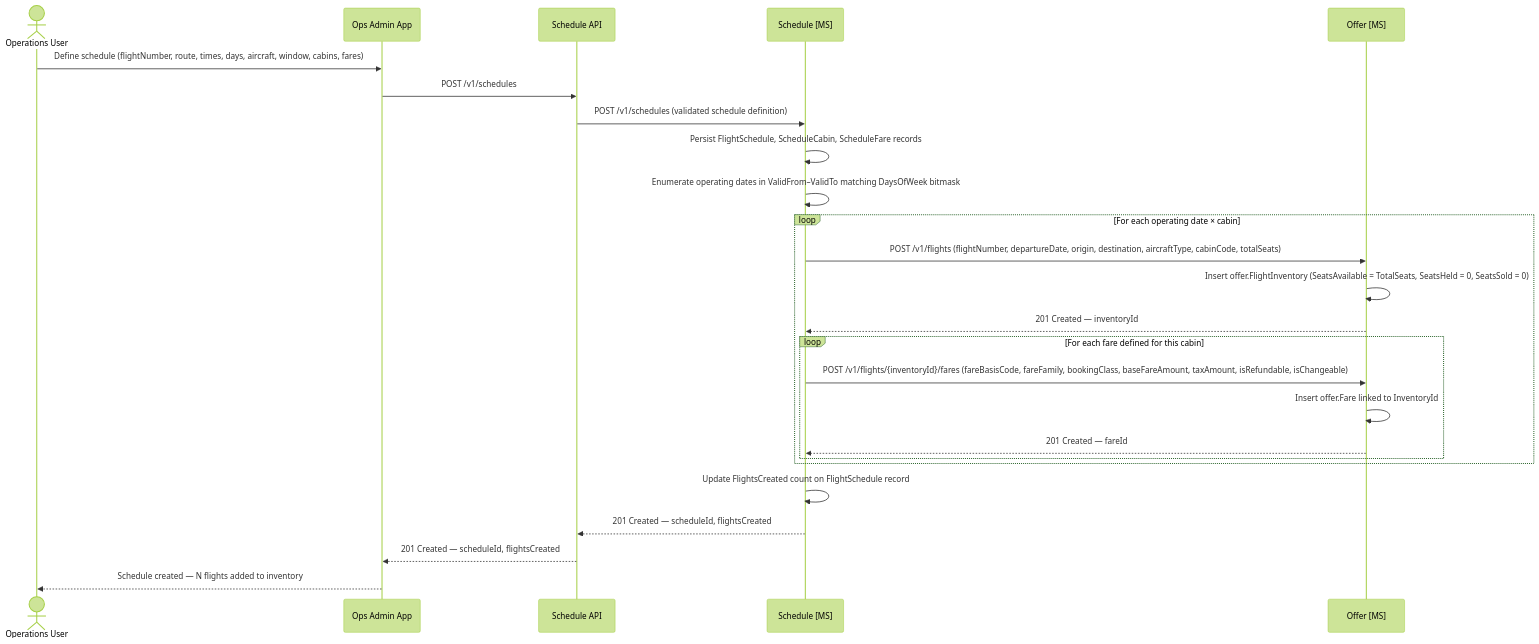
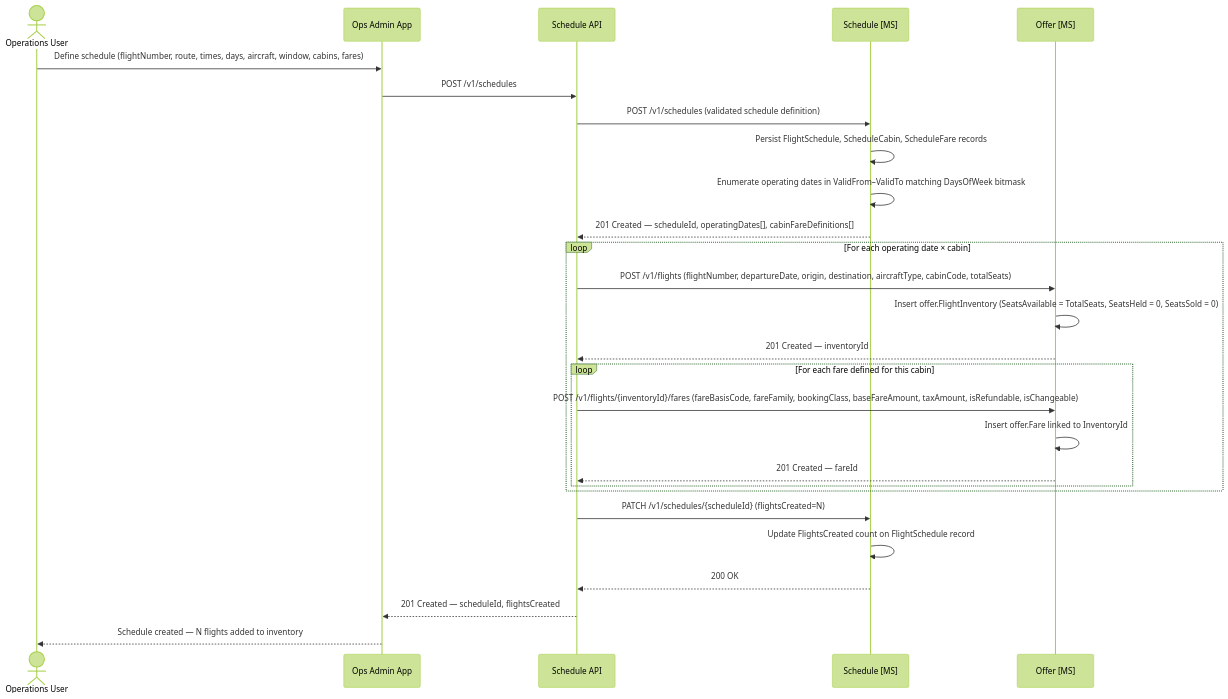
The second of 27 diagrams in architecture/design.md (sebharvey/airline-reservation-system), drawn with Mermaid (forest theme) before and after one commit. The commit also changed other lines of this file and 2 other files, not shown here.

````diff
--- a/architecture/design.md
+++ b/architecture/design.md
@@ -249,32 +249,34 @@
 ```mermaid
 sequenceDiagram
     actor OpsUser as Operations User
     participant OpsApp as Ops Admin App
     participant ScheduleAPI as Schedule API
     participant ScheduleMS as Schedule [MS]
     participant OfferMS as Offer [MS]
 
     OpsUser->>OpsApp: Define schedule (flightNumber, route, times, days, aircraft, window, cabins, fares)
     OpsApp->>ScheduleAPI: POST /v1/schedules
 
     ScheduleAPI->>ScheduleMS: POST /v1/schedules (validated schedule definition)
     ScheduleMS->>ScheduleMS: Persist FlightSchedule, ScheduleCabin, ScheduleFare records
     ScheduleMS->>ScheduleMS: Enumerate operating dates in ValidFrom–ValidTo matching DaysOfWeek bitmask
+    ScheduleMS-->>ScheduleAPI: 201 Created — scheduleId, operatingDates[], cabinFareDefinitions[]
 
     loop For each operating date × cabin
-        ScheduleMS->>OfferMS: POST /v1/flights (flightNumber, departureDate, origin, destination, aircraftType, cabinCode, totalSeats)
+        ScheduleAPI->>OfferMS: POST /v1/flights (flightNumber, departureDate, origin, destination, aircraftType, cabinCode, totalSeats)
         OfferMS->>OfferMS: Insert offer.FlightInventory (SeatsAvailable = TotalSeats, SeatsHeld = 0, SeatsSold = 0)
-        OfferMS-->>ScheduleMS: 201 Created — inventoryId
+        OfferMS-->>ScheduleAPI: 201 Created — inventoryId
 
         loop For each fare defined for this cabin
-            ScheduleMS->>OfferMS: POST /v1/flights/{inventoryId}/fares (fareBasisCode, fareFamily, bookingClass, baseFareAmount, taxAmount, isRefundable, isChangeable)
+            ScheduleAPI->>OfferMS: POST /v1/flights/{inventoryId}/fares (fareBasisCode, fareFamily, bookingClass, baseFareAmount, taxAmount, isRefundable, isChangeable)
             OfferMS->>OfferMS: Insert offer.Fare linked to InventoryId
-            OfferMS-->>ScheduleMS: 201 Created — fareId
+            OfferMS-->>ScheduleAPI: 201 Created — fareId
         end
     end
 
+    ScheduleAPI->>ScheduleMS: PATCH /v1/schedules/{scheduleId} (flightsCreated=N)
     ScheduleMS->>ScheduleMS: Update FlightsCreated count on FlightSchedule record
-    ScheduleMS-->>ScheduleAPI: 201 Created — scheduleId, flightsCreated
+    ScheduleMS-->>ScheduleAPI: 200 OK
     ScheduleAPI-->>OpsApp: 201 Created — scheduleId, flightsCreated
     OpsApp-->>OpsUser: Schedule created — N flights added to inventory
 ```
````
